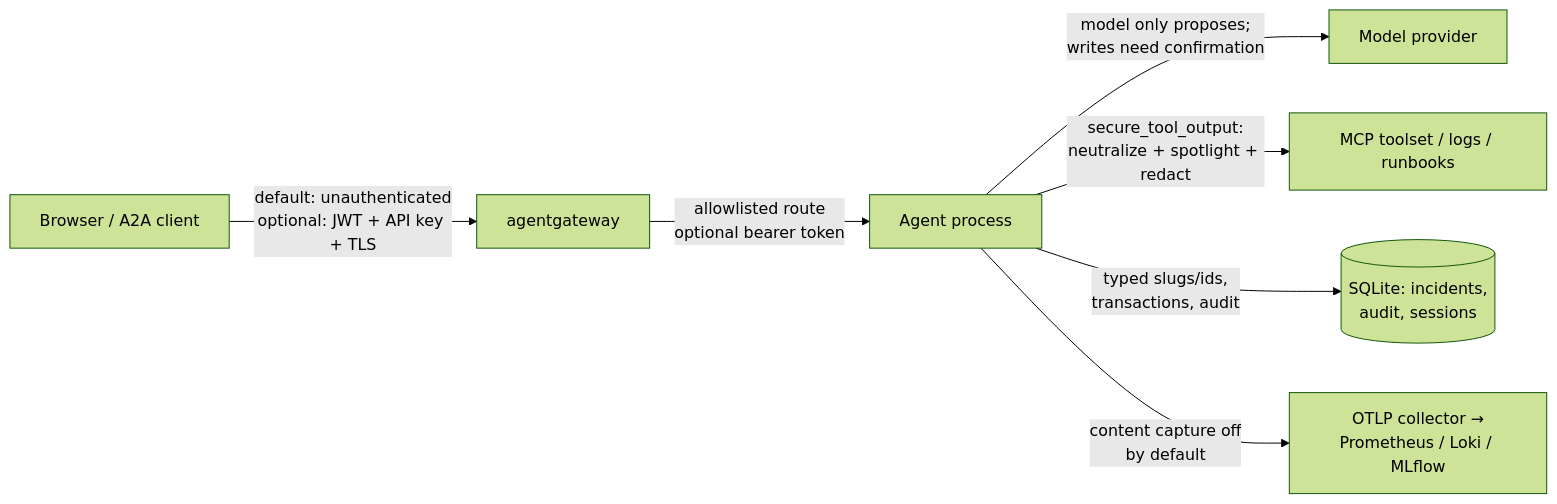
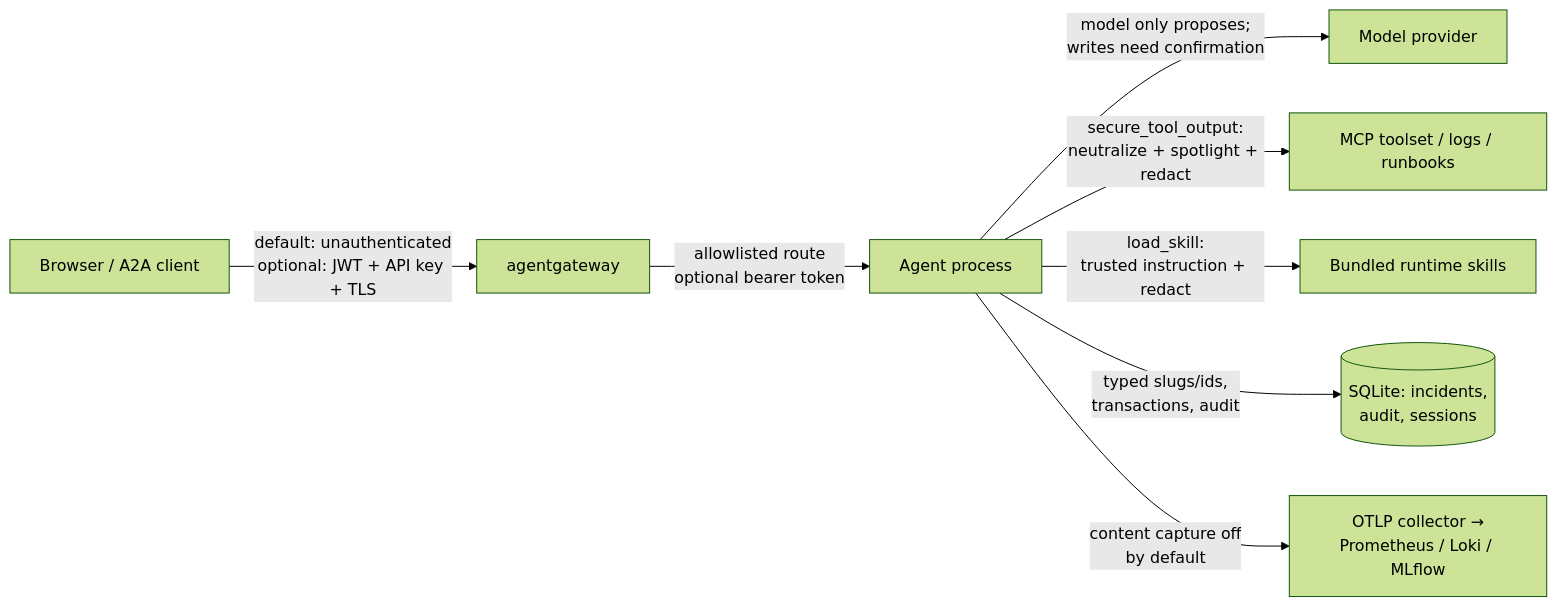
Before and after one commit to LuiGGi629/agentops-open-course: the first of 2 diagrams in docs/4. Quality/4.6. Security.md, drawn with Mermaid (forest theme). The commit also changed other lines of this file and 19 other files, not shown here.

````diff
--- a/docs/4. Quality/4.6. Security.md
+++ b/docs/4. Quality/4.6. Security.md
@@ -41,17 +43,19 @@
 ```mermaid
 flowchart LR
     client[Browser / A2A client]
     gw[agentgateway]
     agent[Agent process]
     model[Model provider]
     tools[MCP toolset / logs / runbooks]
+    skills[Bundled runtime skills]
     store[(SQLite: incidents,<br>audit, sessions)]
     otel[OTLP collector →<br>Prometheus / Loki / MLflow]
 
     client -->|"default: unauthenticated<br>optional: JWT + API key + TLS"| gw
     gw -->|"allowlisted route<br>optional bearer token"| agent
     agent -->|"model only proposes;<br>writes need confirmation"| model
     agent -->|"secure_tool_output:<br>neutralize + spotlight + redact"| tools
+    agent -->|"load_skill:<br>trusted instruction + redact"| skills
     agent -->|"typed slugs/ids,<br>transactions, audit"| store
     agent -->|"content capture off<br>by default"| otel
 ```
````
